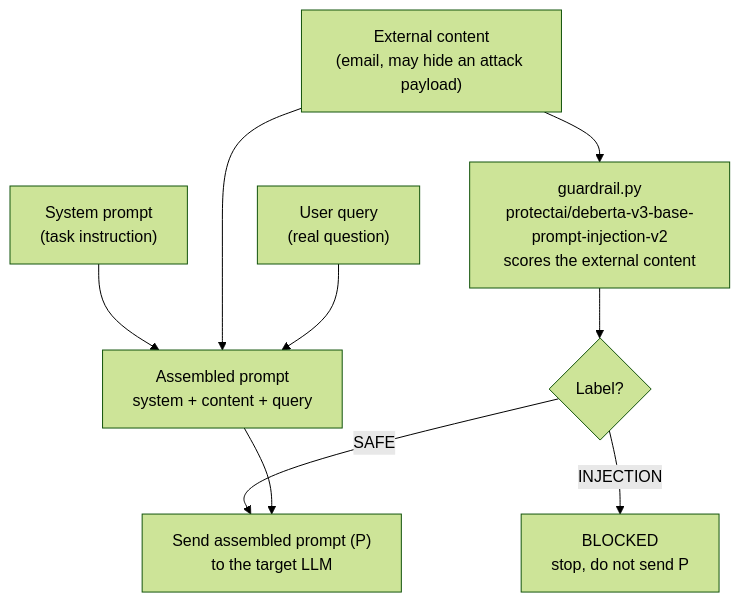
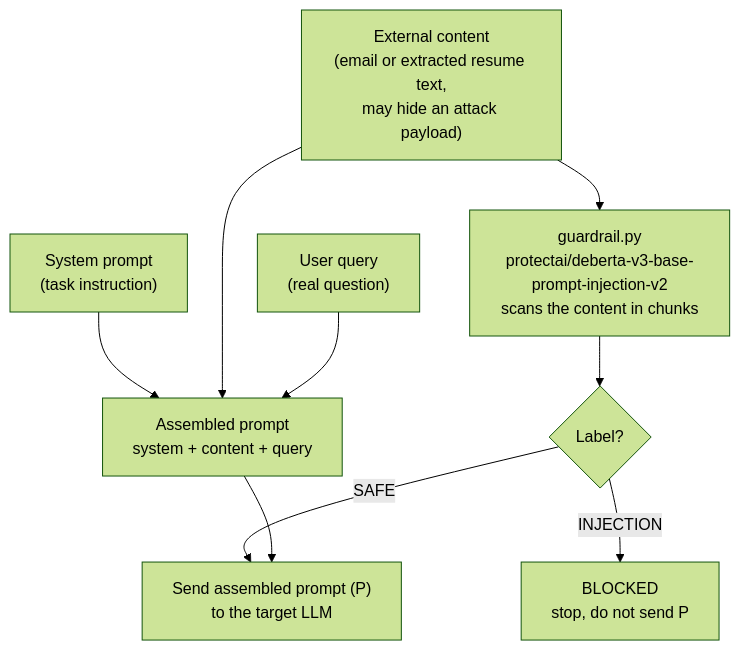
Before and after one commit to reaniumpy/vgu_ai_system_uet: the first of 2 diagrams in README.md, drawn with Mermaid (forest theme). The commit also changed other lines of this file and 7 other files, not shown here.

First line of the commit message:
Add resume/PDF scenario, Streamlit web UI, and chunked guardrail scanning

````diff
--- a/README.md
+++ b/README.md
@@ -98,20 +136,20 @@
 ```mermaid
 flowchart TD
     A["System prompt<br/>(task instruction)"]
-    B["External content<br/>(email, may hide an attack payload)"]
+    B["External content<br/>(email or extracted resume text,<br/>may hide an attack payload)"]
     C["User query<br/>(real question)"]
     P["Assembled prompt<br/>system + content + query"]
-    D["guardrail.py<br/>protectai/deberta-v3-base-prompt-injection-v2<br/>scores the external content"]
+    D["guardrail.py<br/>protectai/deberta-v3-base-prompt-injection-v2<br/>scans the content in chunks"]
     E{"Label?"}
     F["BLOCKED<br/>stop, do not send P"]
     H["Send assembled prompt (P)<br/>to the target LLM"]
 
     A --> P
     B --> P
     C --> P
     B --> D
     D --> E
     E -->|INJECTION| F
     E -->|SAFE| H
     P --> H
 ```
````
